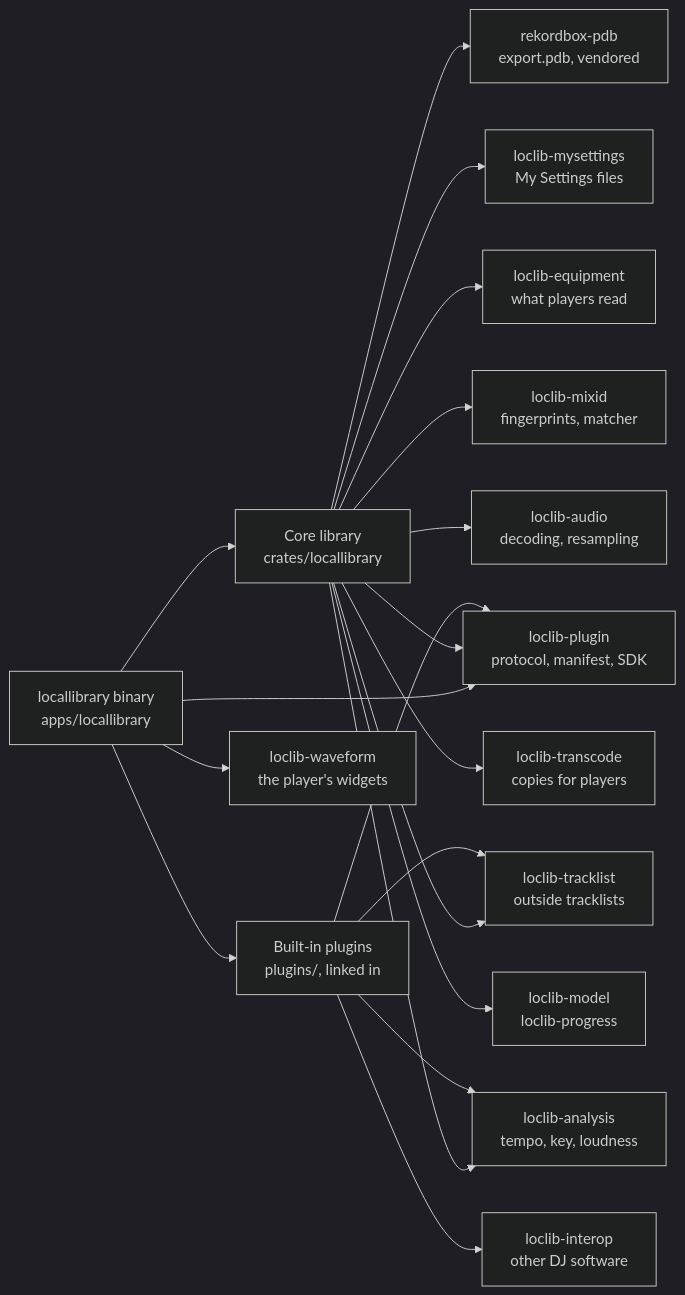
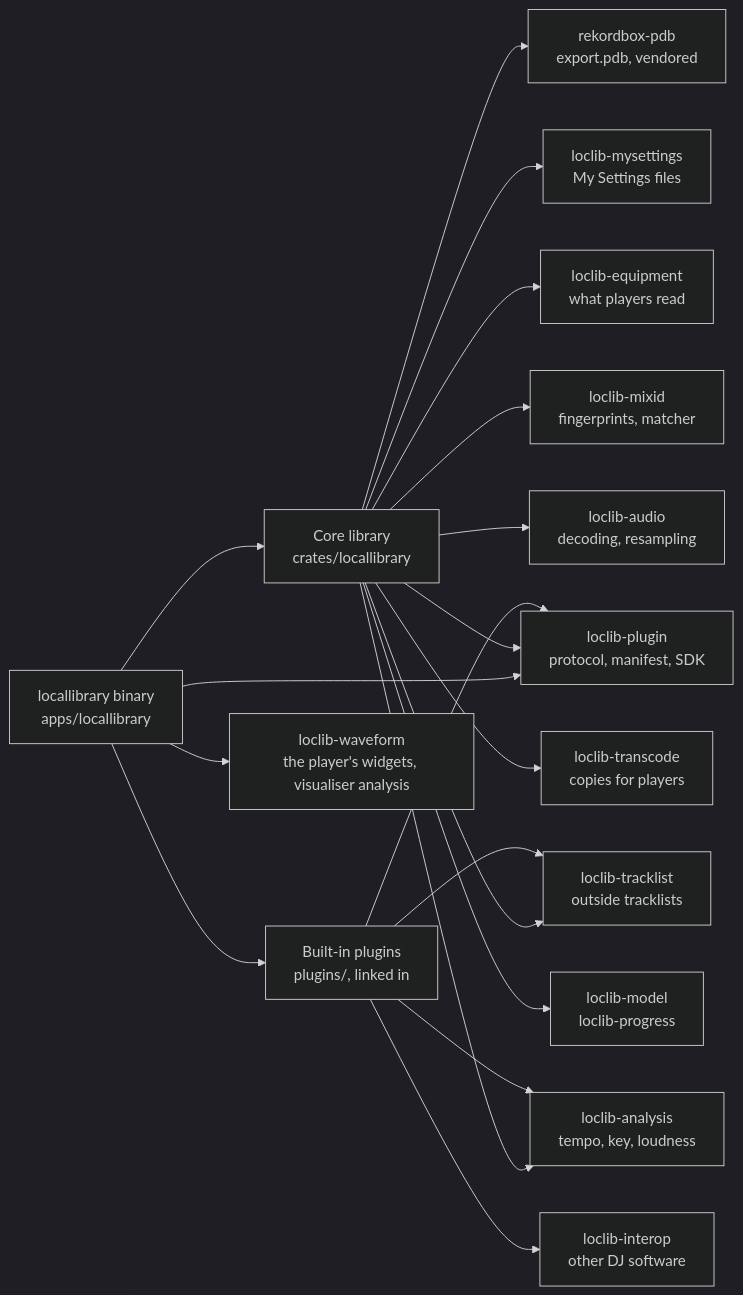
The second of 11 diagrams in apps/locallibrary/README.md (cutenode/localnetwork), drawn with Mermaid (dark theme) before and after one commit. The commit also changed 3 other files, not shown here.

First line of the commit message:
docs(locallibrary): point the diagrams at the extracted loclib crates

````diff
--- a/apps/locallibrary/README.md
+++ b/apps/locallibrary/README.md
@@ -279,21 +279,21 @@
 ```mermaid
 flowchart LR
     bin["locallibrary binary<br/>apps/locallibrary"] --> core["Core library<br/>crates/locallibrary"]
     bin --> plugins["Built-in plugins<br/>plugins/, linked in"]
-    bin --> wave["loclib-waveform<br/>the player's widgets"]
+    bin --> wave["loclib-waveform<br/>the player's widgets, visualiser analysis"]
     bin --> sdk["loclib-plugin<br/>protocol, manifest, SDK"]
     core --> sdk
     core --> pdb["rekordbox-pdb<br/>export.pdb, vendored"]
     core --> set["loclib-mysettings<br/>My Settings files"]
     core --> equip["loclib-equipment<br/>what players read"]
     core --> track["loclib-tracklist<br/>outside tracklists"]
     core --> mixid["loclib-mixid<br/>fingerprints, matcher"]
     core --> audio["loclib-audio<br/>decoding, resampling"]
     core --> sound["loclib-analysis<br/>tempo, key, loudness"]
     core --> trans["loclib-transcode<br/>copies for players"]
     core --> model["loclib-model<br/>loclib-progress"]
     plugins --> sdk
     plugins --> interop["loclib-interop<br/>other DJ software"]
     plugins --> sound
     plugins --> track
 ```
````
